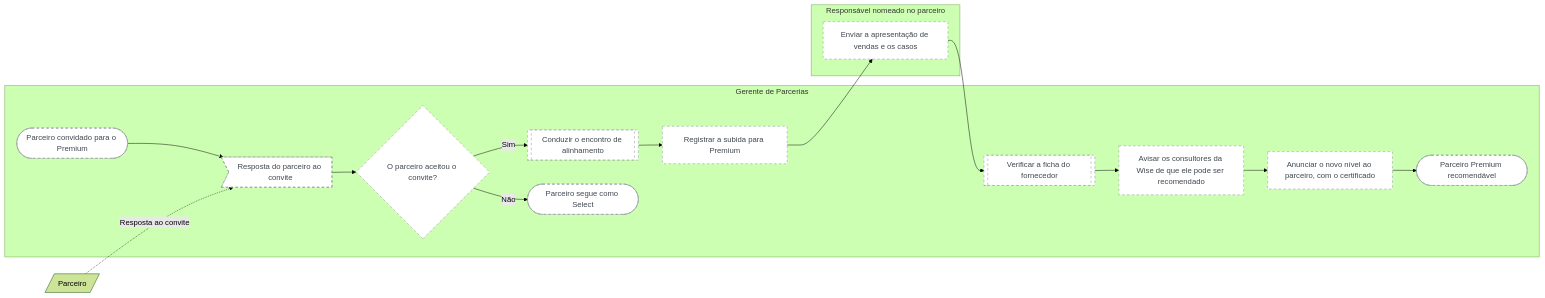
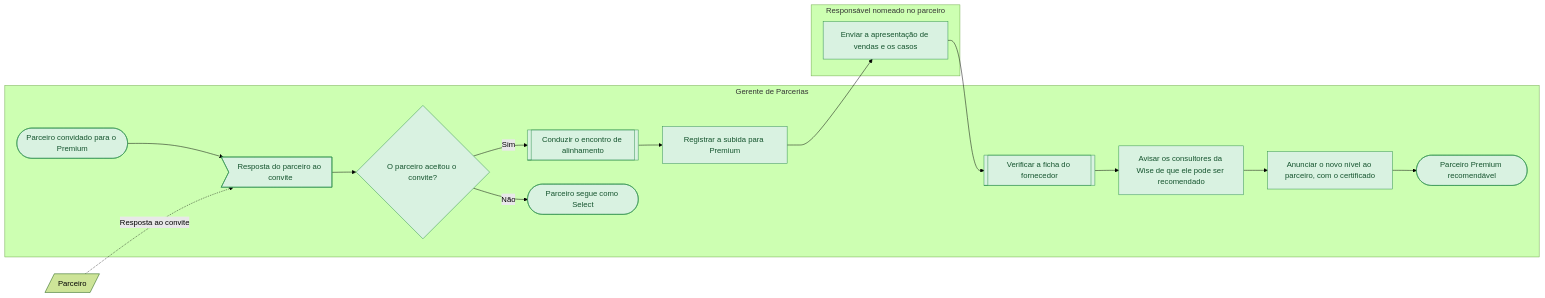
Before and after one commit to Guilherme-MFaccin/Wise-Partners: the diagram in mapeamentos/wise-partners-to-be/saidas/mermaid/fluxo-7-5-conduzir-a-entrada-no-premium.mmd, drawn with Mermaid (forest theme). The commit also changed 257 other files, not shown here.

```diff
--- a/mapeamentos/wise-partners-to-be/saidas/mermaid/fluxo-7-5-conduzir-a-entrada-no-premium.mmd
+++ b/mapeamentos/wise-partners-to-be/saidas/mermaid/fluxo-7-5-conduzir-a-entrada-no-premium.mmd
@@ -1,32 +1,32 @@
 flowchart LR
     classDef confirmado fill:#D9F2E1,stroke:#2F8F4E,color:#14532D
     classDef declarado fill:#FFF3C4,stroke:#B8860B,color:#5C4300
     classDef hipotese fill:#FFFFFF,stroke:#8A9099,color:#3F4650,stroke-dasharray: 5 5
     classDef contestado fill:#FDE2E1,stroke:#C53030,color:#7F1D1D
     subgraph raia_PA_01 ["Gerente de Parcerias"]
-      n_i1(["Parceiro convidado para o Premium"]):::hipotese
-      n_e0>"Resposta do parceiro ao convite"]:::hipotese
-      n_g0{"O parceiro aceitou o convite?"}:::hipotese
-      n_s1[["Conduzir o encontro de alinhamento"]]:::hipotese
-      n_t1["Registrar a subida para Premium"]:::hipotese
-      n_s2[["Verificar a ficha do fornecedor"]]:::hipotese
-      n_t3["Avisar os consultores da Wise de que ele pode ser recomendado"]:::hipotese
-      n_t4["Anunciar o novo nível ao parceiro, com o certificado"]:::hipotese
-      n_f0(["Parceiro segue como Select"]):::hipotese
-      n_f1(["Parceiro Premium recomendável"]):::hipotese
+      n_i1(["Parceiro convidado para o Premium"]):::confirmado
+      n_e0>"Resposta do parceiro ao convite"]:::confirmado
+      n_g0{"O parceiro aceitou o convite?"}:::confirmado
+      n_s1[["Conduzir o encontro de alinhamento"]]:::confirmado
+      n_t1["Registrar a subida para Premium"]:::confirmado
+      n_s2[["Verificar a ficha do fornecedor"]]:::confirmado
+      n_t3["Avisar os consultores da Wise de que ele pode ser recomendado"]:::confirmado
+      n_t4["Anunciar o novo nível ao parceiro, com o certificado"]:::confirmado
+      n_f0(["Parceiro segue como Select"]):::confirmado
+      n_f1(["Parceiro Premium recomendável"]):::confirmado
     end
     subgraph raia_PA_05 ["Responsável nomeado no parceiro"]
-      n_t2["Enviar a apresentação de vendas e os casos"]:::hipotese
+      n_t2["Enviar a apresentação de vendas e os casos"]:::confirmado
     end
     ext_X1[/"Parceiro"/]
     n_i1 --> n_e0
     n_e0 --> n_g0
     n_g0 -->|Não| n_f0
     n_g0 -->|Sim| n_s1
     n_s1 --> n_t1
     n_t1 --> n_t2
     n_t2 --> n_s2
     n_s2 --> n_t3
     n_t3 --> n_t4
     n_t4 --> n_f1
     ext_X1 -.->|Resposta ao convite| n_e0
```
